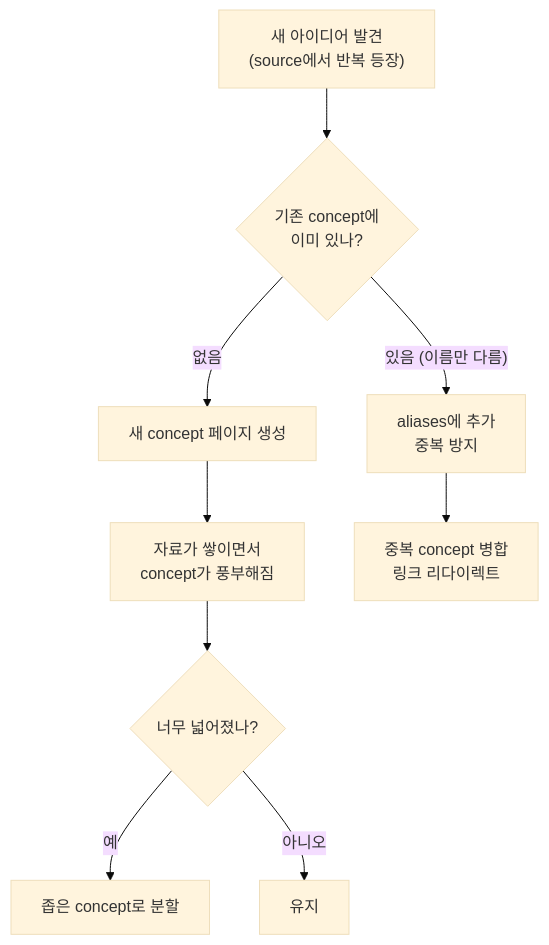
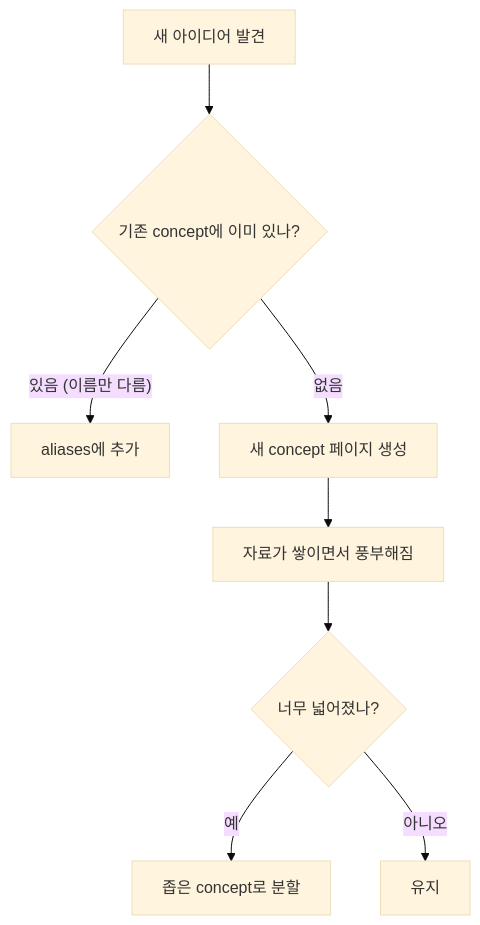
The ninth of 10 diagrams in docs/vault-system-guide.md (bjw202/Vault), drawn with Mermaid (base theme) before and after one commit. The commit also changed other lines of this file and 6 other files, not shown here.

````diff
--- a/docs/vault-system-guide.md
+++ b/docs/vault-system-guide.md
@@ -333,15 +325,12 @@
 ```mermaid
 flowchart TB
-    NEW_IDEA["새 아이디어 발견<br/>(source에서 반복 등장)"]
-    NEW_IDEA --> CHECK{"기존 concept에<br/>이미 있나?"}
+    NEW_IDEA["새 아이디어 발견"] --> CHECK{"기존 concept에 이미 있나?"}
 
-    CHECK -->|"있음 (이름만 다름)"| ALIAS["aliases에 추가<br/>중복 방지"]
+    CHECK -->|"있음 (이름만 다름)"| ALIAS["aliases에 추가"]
     CHECK -->|"없음"| CREATE["새 concept 페이지 생성"]
 
-    CREATE --> GROW["자료가 쌓이면서<br/>concept가 풍부해짐"]
+    CREATE --> GROW["자료가 쌓이면서 풍부해짐"]
     GROW --> SPLIT{"너무 넓어졌나?"}
     SPLIT -->|"예"| NARROW["좁은 concept로 분할"]
     SPLIT -->|"아니오"| KEEP["유지"]
-
-    ALIAS --> MERGE["중복 concept 병합<br/>링크 리다이렉트"]
 ```
````
